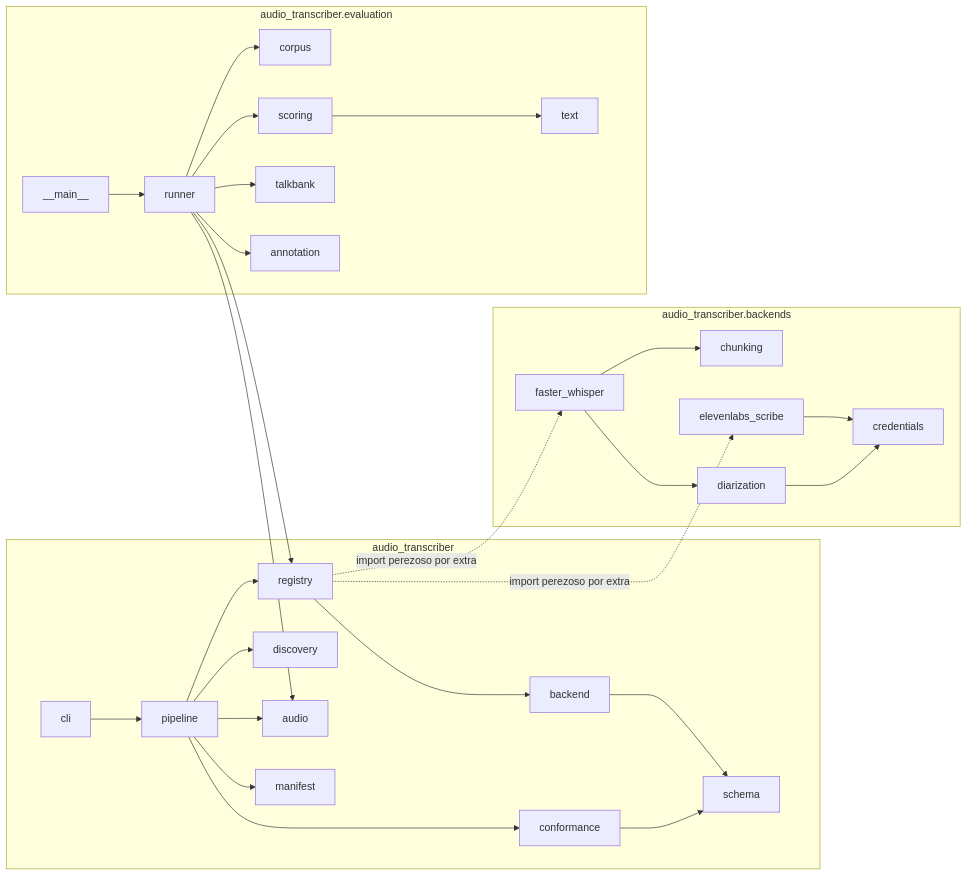
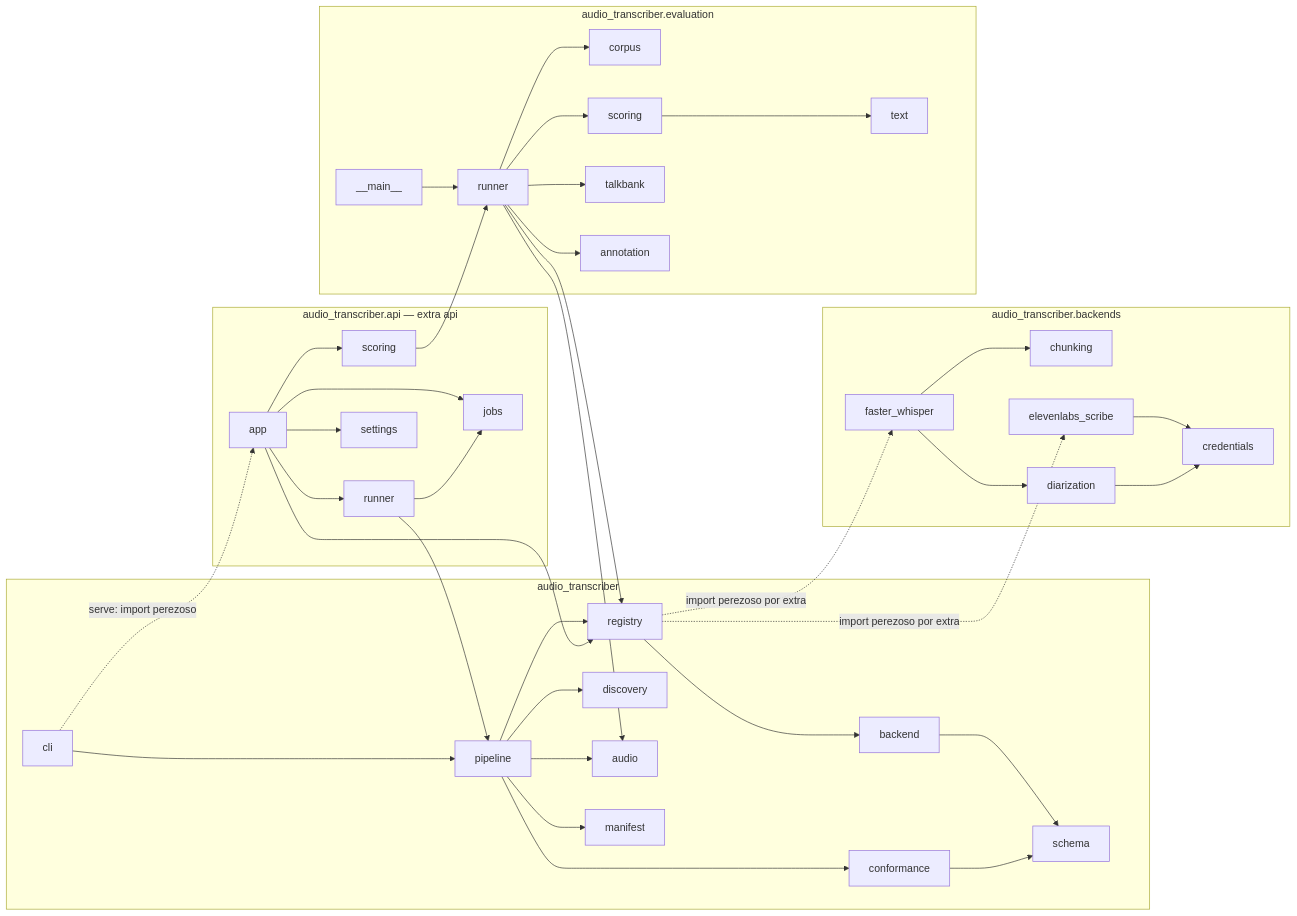
One commit to sebaesc/audio-transcriber changed the fourth of 8 diagrams in docs/diagramas.md. Above: the diagram before and after it, drawn with Mermaid. The commit also changed other lines of this file and 1 other file, not shown here.

Commit message:
docs(conductor): record the HTTP API and Docker image in tech-stack and diagrams [http-api_20261005]

````diff
--- a/docs/diagramas.md
+++ b/docs/diagramas.md
@@ -261,32 +261,43 @@
 ```mermaid
 flowchart LR
     subgraph core [audio_transcriber]
         cli --> pipeline
         pipeline --> registry
         pipeline --> discovery
         pipeline --> audio
         pipeline --> manifest
         pipeline --> conformance
         registry --> backend
         backend --> schema
         conformance --> schema
     end
     subgraph backends [audio_transcriber.backends]
         faster_whisper --> chunking
         faster_whisper --> diarization
         elevenlabs_scribe --> credentials
         diarization --> credentials
     end
     subgraph evaluation [audio_transcriber.evaluation]
         eval_main[__main__] --> runner
         runner --> corpus
         runner --> scoring
         runner --> talkbank
         runner --> annotation
         scoring --> text
     end
+    subgraph api [audio_transcriber.api — extra api]
+        app --> jobs
+        app --> api_runner[runner]
+        app --> api_scoring[scoring]
+        app --> settings
+        api_runner --> jobs
+    end
     registry -. import perezoso por extra .-> faster_whisper
     registry -. import perezoso por extra .-> elevenlabs_scribe
     runner --> registry
     runner --> audio
+    cli -. serve: import perezoso .-> app
+    app --> registry
+    api_runner --> pipeline
+    api_scoring --> runner
 ```
````
